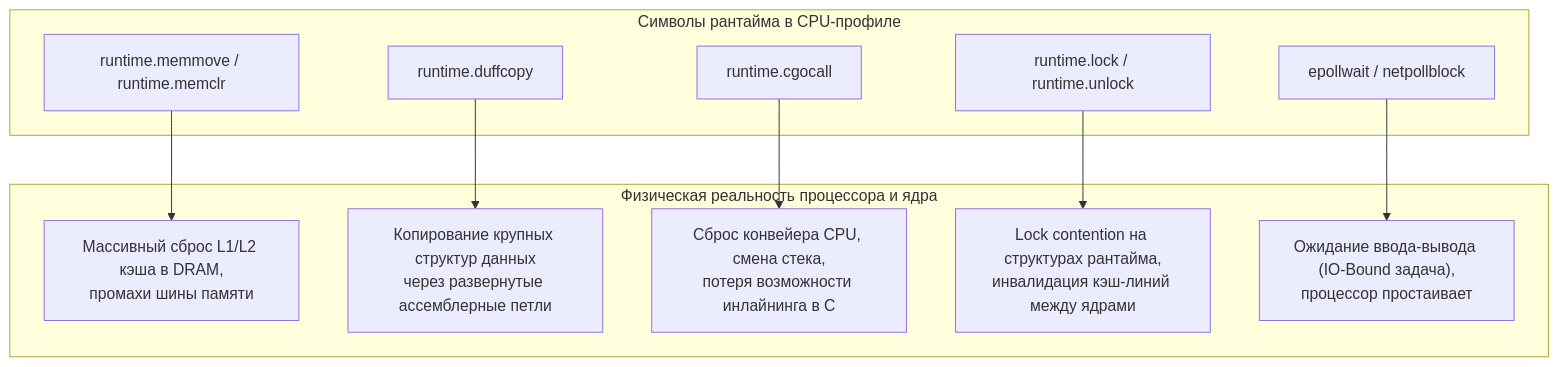
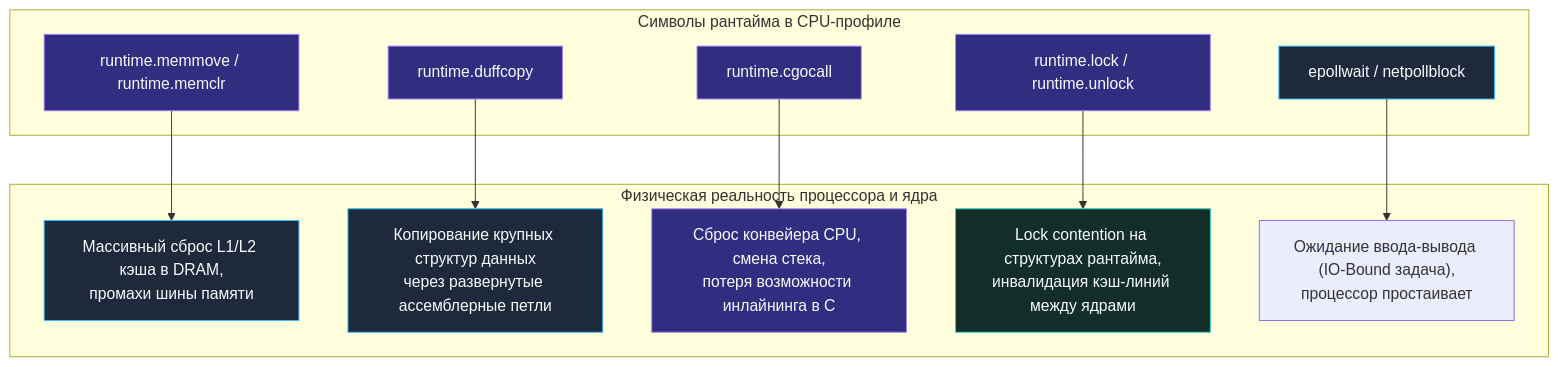
One commit to UnrealTemplier/go-textbook changed the fourth of 5 diagrams in sources/16. Профилирование, отладка и производительность/02. Benchmarking/7. Профилирование внутри benchmark.md. Above: the diagram before and after it, drawn with Mermaid. The commit also changed other lines of this file and 1666 other files, not shown here.

First line of the commit message:
feat(mermaid): add semantic color classDef to 1369 colorless flowchart/graph diagrams

````diff
--- a/sources/16. Профилирование, отладка и производительность/02. Benchmarking/7. Профилирование внутри benchmark.md
+++ b/sources/16. Профилирование, отладка и производительность/02. Benchmarking/7. Профилирование внутри benchmark.md
@@ -304,24 +324,34 @@
 ```mermaid
 flowchart TD
+    classDef process  fill:#1e293b,stroke:#38bdf8,stroke-width:1px,color:#f8fafc
+    classDef success  fill:#064e3b,stroke:#34d399,stroke-width:1px,color:#f8fafc
+    classDef error    fill:#7f1d1d,stroke:#f87171,stroke-width:1px,color:#f8fafc
+    classDef warning  fill:#78350f,stroke:#fbbf24,stroke-width:1px,color:#f8fafc
+    classDef entry    fill:#1e3a5f,stroke:#38bdf8,stroke-width:2px,color:#f8fafc
+    classDef aux      fill:#334155,stroke:#64748b,stroke-width:1px,color:#f8fafc
+    classDef system   fill:#312e81,stroke:#a78bfa,stroke-width:1px,color:#f8fafc
+    classDef data     fill:#132d29,stroke:#2dd4bf,stroke-width:1px,color:#f8fafc
+    classDef network  fill:#881337,stroke:#fb7185,stroke-width:1px,color:#f8fafc
+    classDef accent   fill:#1e1b4b,stroke:#818cf8,stroke-width:1px,color:#f8fafc
     subgraph ProfileSymbols["Символы рантайма в CPU-профиле"]
-        S1["runtime.memmove / runtime.memclr"]
-        S2["runtime.duffcopy"]
-        S3["runtime.cgocall"]
-        S4["runtime.lock / runtime.unlock"]
-        S5["epollwait / netpollblock"]
+        S1["runtime.memmove / runtime.memclr"]:::system
+        S2["runtime.duffcopy"]:::system
+        S3["runtime.cgocall"]:::system
+        S4["runtime.lock / runtime.unlock"]:::system
+        S5["epollwait / netpollblock"]:::process
     end
 
     subgraph HardwareReality["Физическая реальность процессора и ядра"]
-        H1["Массивный сброс L1/L2 кэша в DRAM,<br>промахи шины памяти"]
-        H2["Копирование крупных структур данных<br>через развернутые ассемблерные петли"]
-        H3["Сброс конвейера CPU, смена стека,<br>потеря возможности инлайнинга в C"]
-        H4["Lock contention на структурах рантайма,<br>инвалидация кэш-линий между ядрами"]
+        H1["Массивный сброс L1/L2 кэша в DRAM,<br>промахи шины памяти"]:::process
+        H2["Копирование крупных структур данных<br>через развернутые ассемблерные петли"]:::process
+        H3["Сброс конвейера CPU, смена стека,<br>потеря возможности инлайнинга в C"]:::system
+        H4["Lock contention на структурах рантайма,<br>инвалидация кэш-линий между ядрами"]:::data
         H5["Ожидание ввода-вывода (IO-Bound задача),<br>процессор простаивает"]
     end
 
     S1 --> H1
     S2 --> H2
     S3 --> H3
     S4 --> H4
     S5 --> H5
 ```
````
